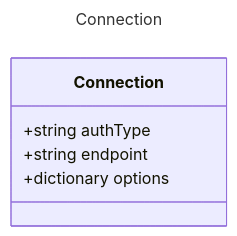
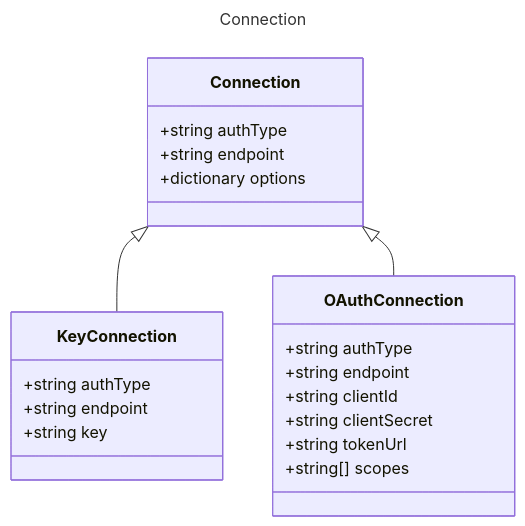
Before and after one commit to microsoft/prompty: the diagram in specification/prompty/docs/Connection.md, drawn with Mermaid. The commit also changed other lines of this file and 5 other files, not shown here.

````diff
--- a/specification/prompty/docs/Connection.md
+++ b/specification/prompty/docs/Connection.md
@@ -9,11 +9,26 @@
 ```mermaid
 ---
 title: Connection
 ---
 classDiagram
     class Connection {
         +string authType
         +string endpoint
         +dictionary options
     }
+    class KeyConnection {
+        +string authType
+        +string endpoint
+        +string key
+    }
+    Connection <|-- KeyConnection
+    class OAuthConnection {
+        +string authType
+        +string endpoint
+        +string clientId
+        +string clientSecret
+        +string tokenUrl
+        +string[] scopes
+    }
+    Connection <|-- OAuthConnection
 ```
````
